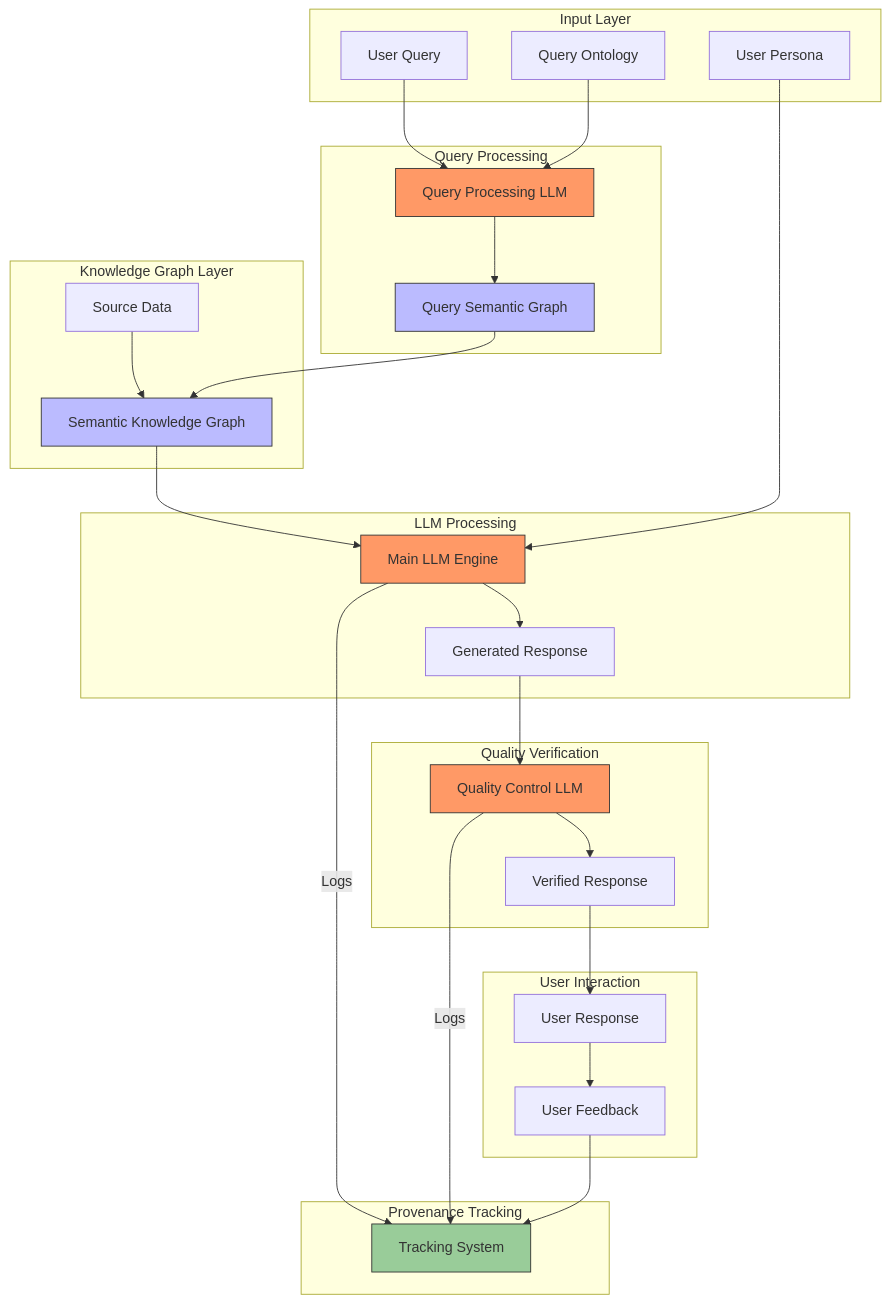
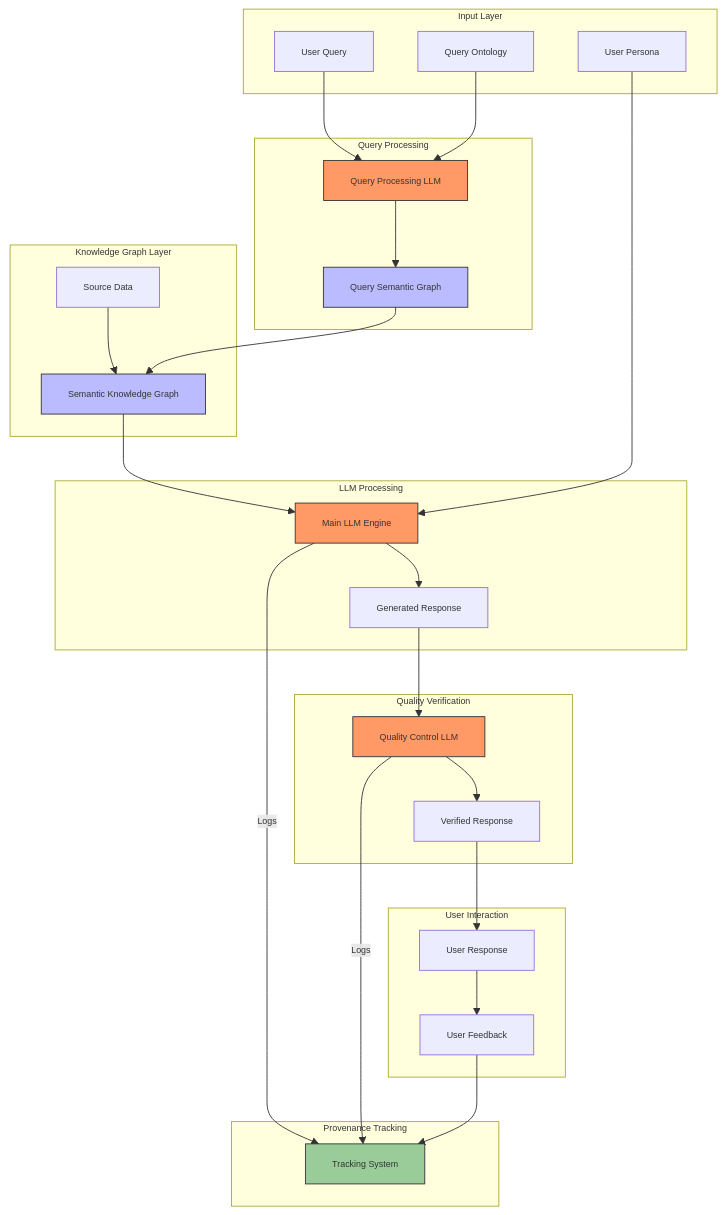
One commit to the-cyber-boardroom/cbr-investment changed the diagram in docs/strategy/llms-as-a-commodity-strategy.md. Above: the diagram before and after it, drawn with Mermaid. The commit also changed other lines of this file, not shown here.

````diff
--- a/docs/strategy/llms-as-a-commodity-strategy.md
+++ b/docs/strategy/llms-as-a-commodity-strategy.md
@@ -30,61 +162,63 @@
 ```mermaid
+
+%%{init: { 'themeVariables': { 'fontFamily': 'monospace', 'fontSize': '10px'} }}%%
 
 flowchart TB
     subgraph "Input Layer"
         U["User Query"]
         ONT["Query Ontology"]
         E["User Persona"]
     end
 
     subgraph "Query Processing"
         QP["Query Processing LLM"]
         QG["Query Semantic Graph"]
         U --> QP
         ONT --> QP
         QP --> QG
     end
 
     subgraph "Knowledge Graph Layer"
         G["Semantic Knowledge Graph"]
         S["Source Data"]
         S --> G
         QG --> G
     end
 
     subgraph "LLM Processing"
         L["Main LLM Engine"]
         O["Generated Response"]
         
         G --> L
         E --> L
         L --> O
     end
 
     subgraph "Quality Verification"
         QL["Quality Control LLM"]
         O --> QL
         VR["Verified Response"]
         QL --> VR
     end
 
     subgraph "User Interaction"
         UR["User Response"]
         UF["User Feedback"]
         VR --> UR
         UR --> UF
     end
 
     subgraph "Provenance Tracking"
         T["Tracking System"]
         L --> |Logs| T
         QL --> |Logs| T
         UF --> T
     end
 
-    style G fill:#bbf,stroke:#333
+    style G fill:#bbf,stroke:#333,stroke-width:1px
     style QG fill:#bbf,stroke:#333
     style L fill:#f96,stroke:#333
     style QP fill:#f96,stroke:#333
     style QL fill:#f96,stroke:#333
     style T fill:#9c9,stroke:#333
 ```
````
